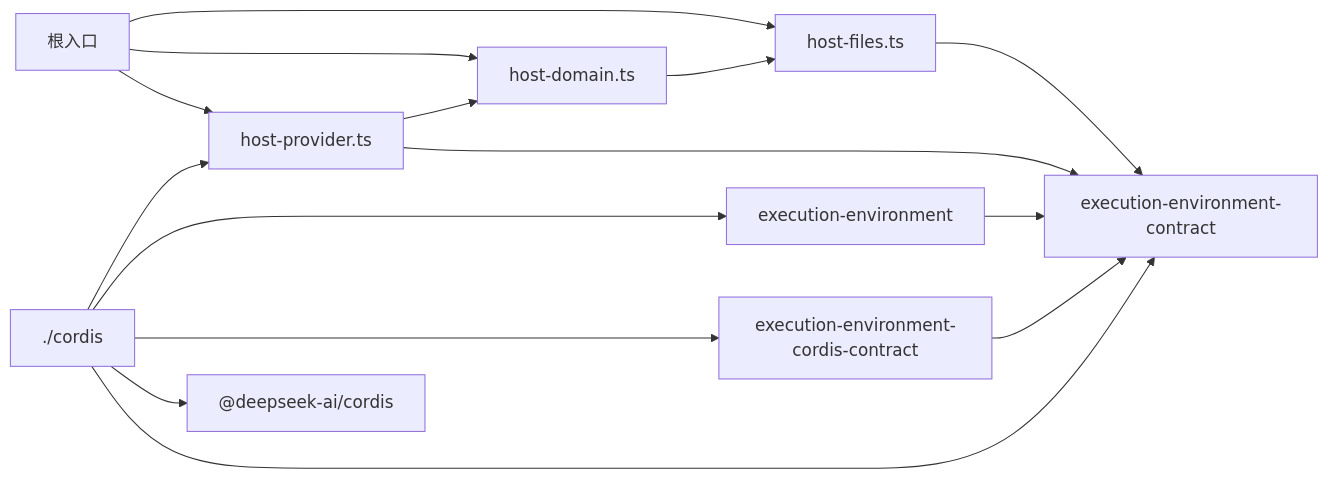
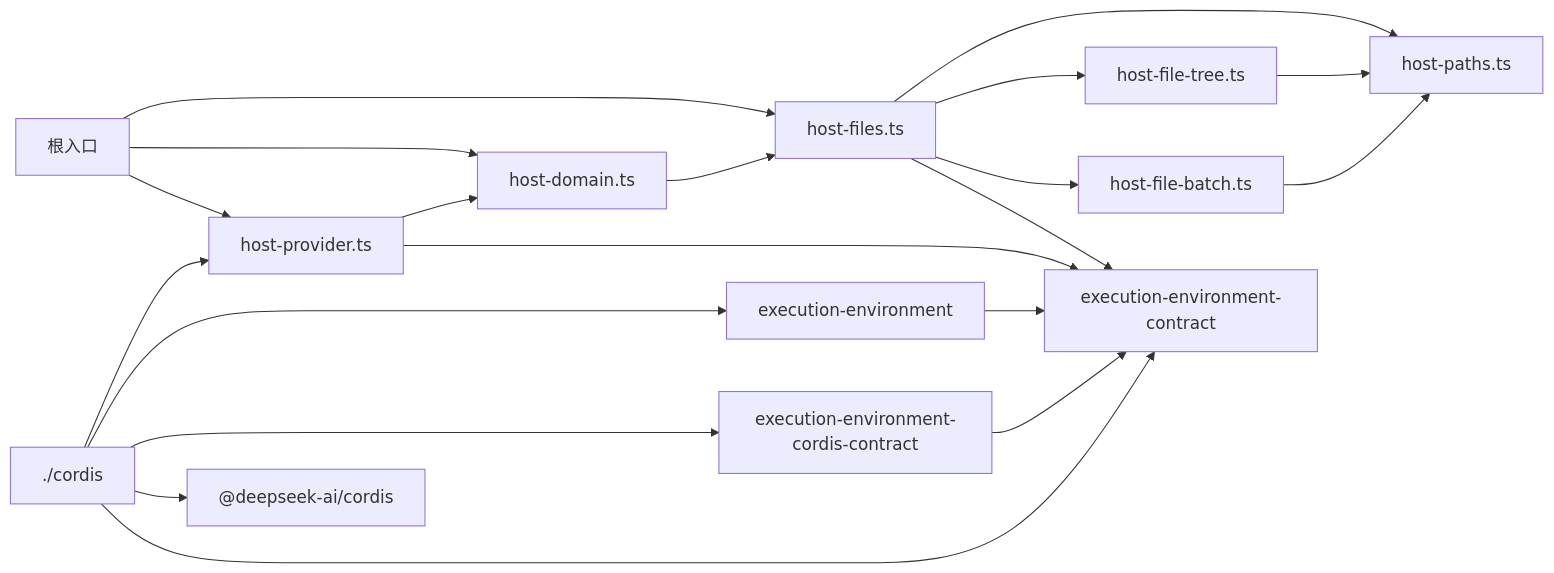
One commit to nemori-ai/omne-harness-lite changed the first of 2 diagrams in packages/execution/execution-environment-host-local/docs/architecture.md. Above: the diagram before and after it, drawn with Mermaid. The commit also changed other lines of this file and 13 other files, not shown here.

````diff
--- a/packages/execution/execution-environment-host-local/docs/architecture.md
+++ b/packages/execution/execution-environment-host-local/docs/architecture.md
@@ -22,17 +25,22 @@
 ```mermaid
 flowchart LR
   Root[根入口] --> Files[host-files.ts]
+  Files --> Paths[host-paths.ts]
+  Files --> Tree[host-file-tree.ts]
+  Files --> Batch[host-file-batch.ts]
+  Tree --> Paths
+  Batch --> Paths
   Root --> Domain[host-domain.ts]
   Root --> Provider[host-provider.ts]
   Domain --> Files
   Provider --> Domain
   Cordis[./cordis] --> Provider
   Cordis --> EE[execution-environment]
   Cordis --> EECC[execution-environment-cordis-contract]
   Cordis --> Lib["@deepseek-ai/cordis"]
   Files --> EEC[execution-environment-contract]
   Provider --> EEC
   Cordis --> EEC
   EECC --> EEC
   EE --> EEC
 ```
````
